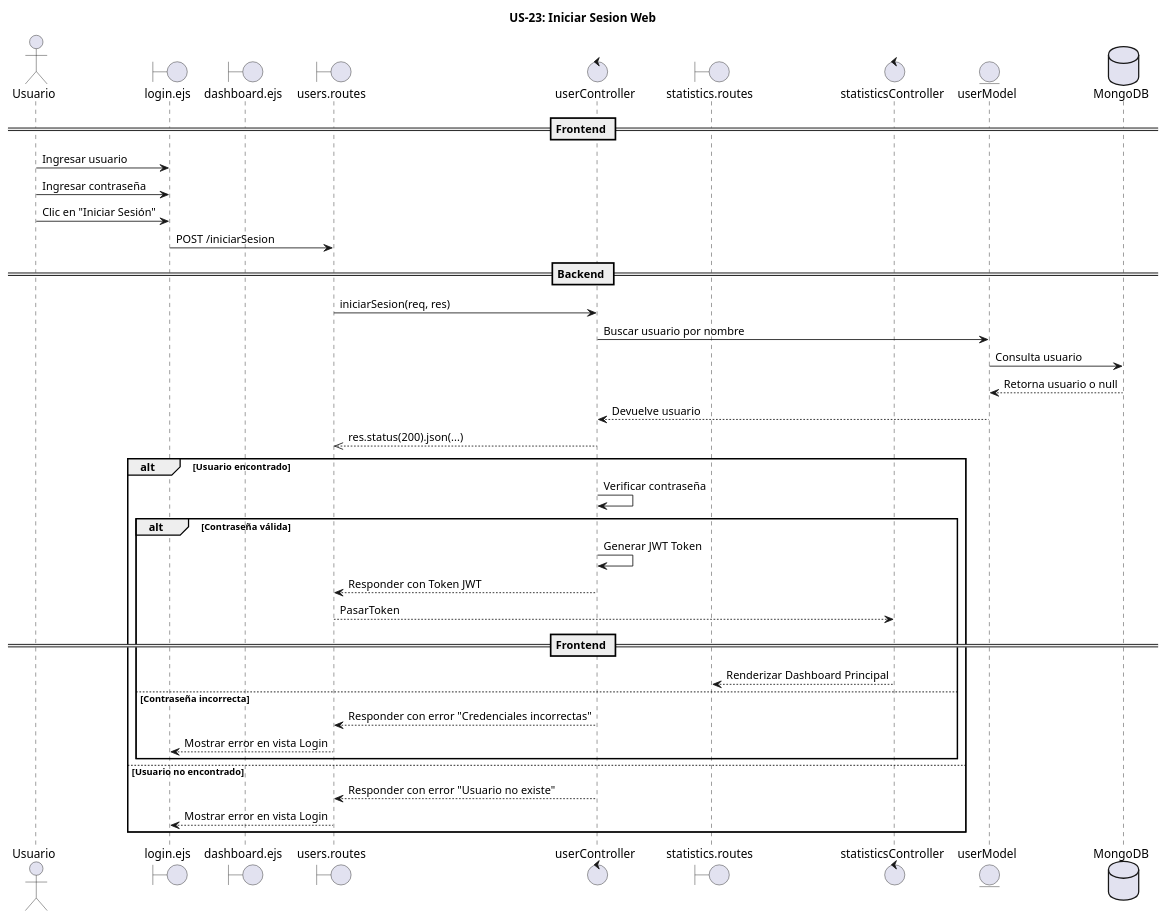
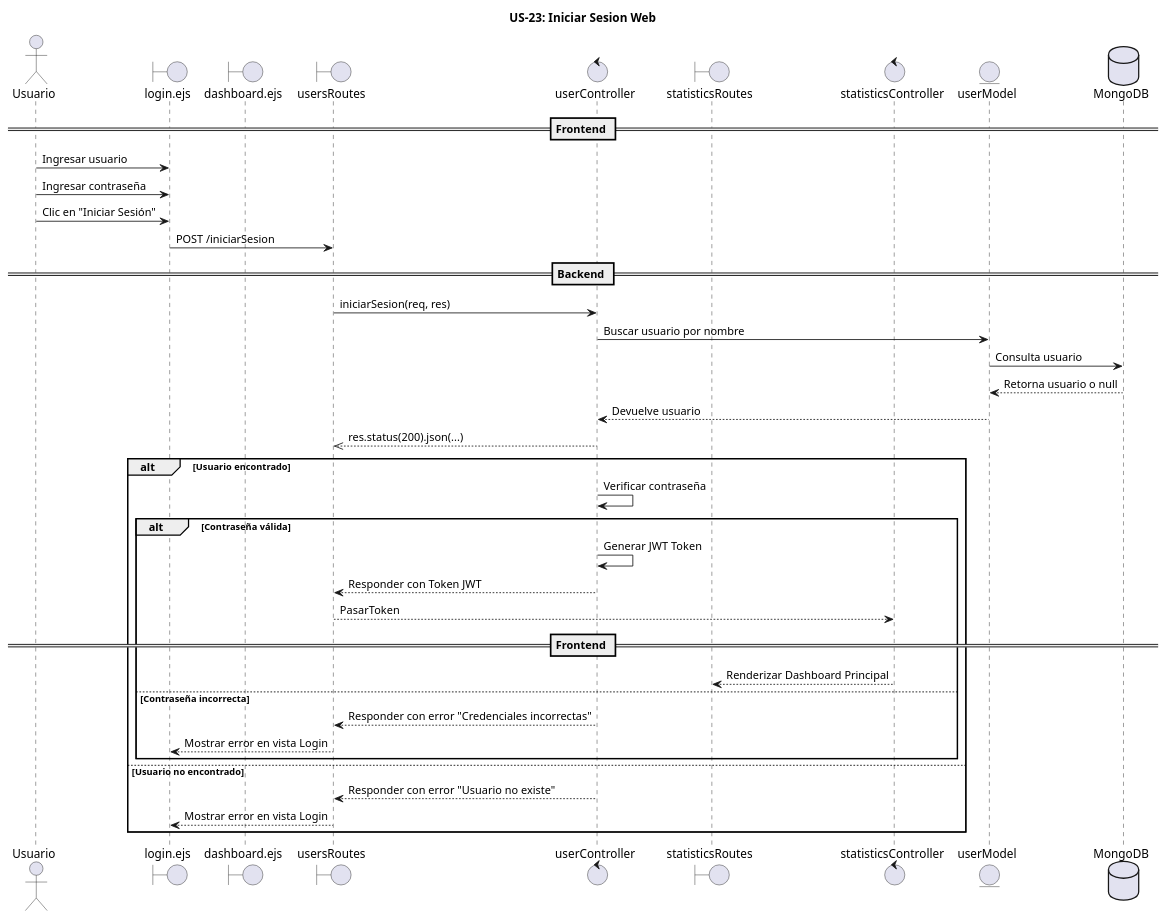
The diagram in MVP/US-23-iniciarSesion/Web/US-23-iniciarSesion.puml (PIX3L-IT/dieselflow-dise-o), drawn with PlantUML before and after one commit. The commit also changed 1 other file, not shown here.

Commit message:
docs: cambios diagrama secuencia 23

```diff
--- a/MVP/US-23-iniciarSesion/Web/US-23-iniciarSesion.puml
+++ b/MVP/US-23-iniciarSesion/Web/US-23-iniciarSesion.puml
@@ -1,48 +1,48 @@
 @startuml 
 title US-23: Iniciar Sesion Web
 
 actor Usuario as U
 
 boundary "login.ejs" as VistaLogin
 boundary "dashboard.ejs" as VistaDashboard
-boundary "users.routes" as Router
+boundary "usersRoutes" as Router
 control "userController" as Controller
-boundary "statistics.routes" as SRouter
+boundary "statisticsRoutes" as SRouter
 control "statisticsController" as SController
 entity "userModel" as Modelo
 database "MongoDB" as DB
 
 == Frontend ==
 U -> VistaLogin : Ingresar usuario
 U -> VistaLogin : Ingresar contraseña 
 U -> VistaLogin : Clic en "Iniciar Sesión"
 VistaLogin -> Router : POST /iniciarSesion
 
 == Backend ==
 Router -> Controller : iniciarSesion(req, res)
 Controller -> Modelo : Buscar usuario por nombre
 Modelo -> DB : Consulta usuario
 DB --> Modelo : Retorna usuario o null
 Modelo --> Controller : Devuelve usuario
 Controller -->> Router : res.status(200).json(...)
 
 alt Usuario encontrado
     Controller -> Controller : Verificar contraseña
     alt Contraseña válida
         Controller -> Controller : Generar JWT Token
         Controller --> Router : Responder con Token JWT
         Router --> SController : PasarToken
         == Frontend ==
         SController --> SRouter : Renderizar Dashboard Principal
 
     else Contraseña incorrecta
         Controller --> Router : Responder con error "Credenciales incorrectas"
         Router --> VistaLogin : Mostrar error en vista Login
     end
 else Usuario no encontrado
     Controller --> Router : Responder con error "Usuario no existe"
     Router --> VistaLogin : Mostrar error en vista Login
 end
 
 
 @enduml
```
